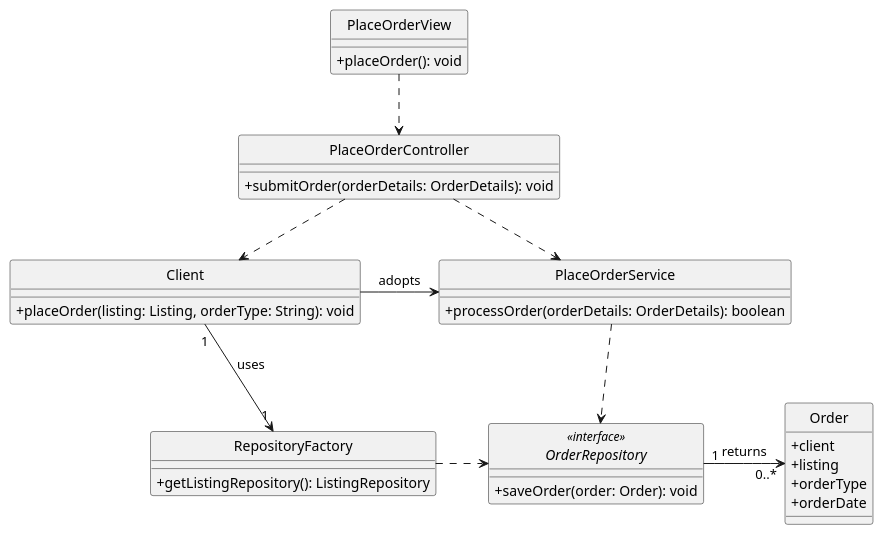
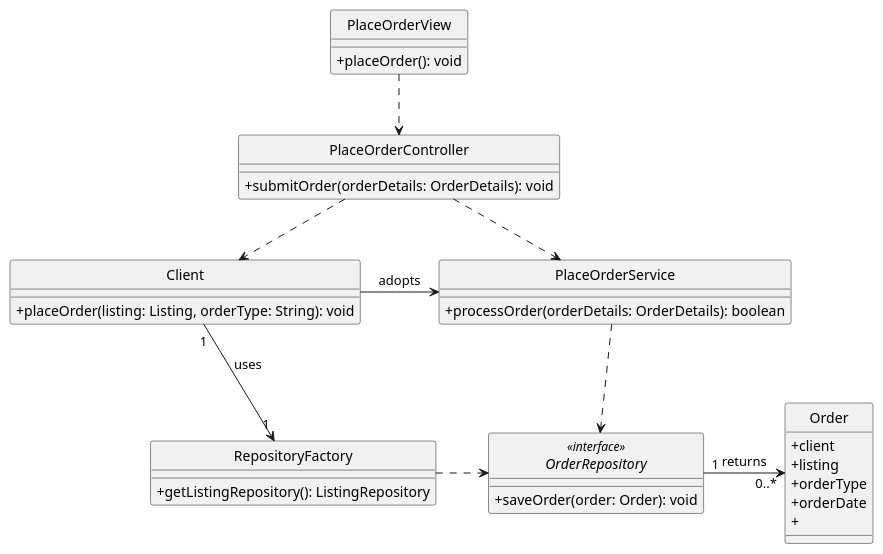
One commit to goncalomaia18/leti-esoft-24-25-A2 changed the diagram in docs/Sprint4/US32/US32-CD.puml. Above: the diagram before and after it, drawn with PlantUML. The commit also changed 1 other file, not shown here.

```diff
--- a/docs/Sprint4/US32/US32-CD.puml
+++ b/docs/Sprint4/US32/US32-CD.puml
@@ -1,43 +1,44 @@
 @startuml
 hide circle
 skinparam classAttributeIconSize 0
 
 class PlaceOrderView {
   +placeOrder(): void
 }
 
 class PlaceOrderController {
   +submitOrder(orderDetails: OrderDetails): void
 }
 
 class PlaceOrderService {
   +processOrder(orderDetails: OrderDetails): boolean
 }
 
 interface OrderRepository <<interface>> {
   +saveOrder(order: Order): void
 }
 
 
 class Order {
   +client
   +listing
   +orderType
   +orderDate
+  +
 }
 
 class Client {
    +placeOrder(listing: Listing, orderType: String): void
 }
 class RepositoryFactory{
   +getListingRepository(): ListingRepository
 }
 Client "1" -down-> "1" RepositoryFactory:  uses
 Client -> PlaceOrderService :  adopts
 OrderRepository "1" -right-> "0..*" Order:  returns
 PlaceOrderController ..> Client
 PlaceOrderView ..> PlaceOrderController
 PlaceOrderController ..> PlaceOrderService
 PlaceOrderService ..> OrderRepository
 RepositoryFactory .right.> OrderRepository
 @enduml
```
